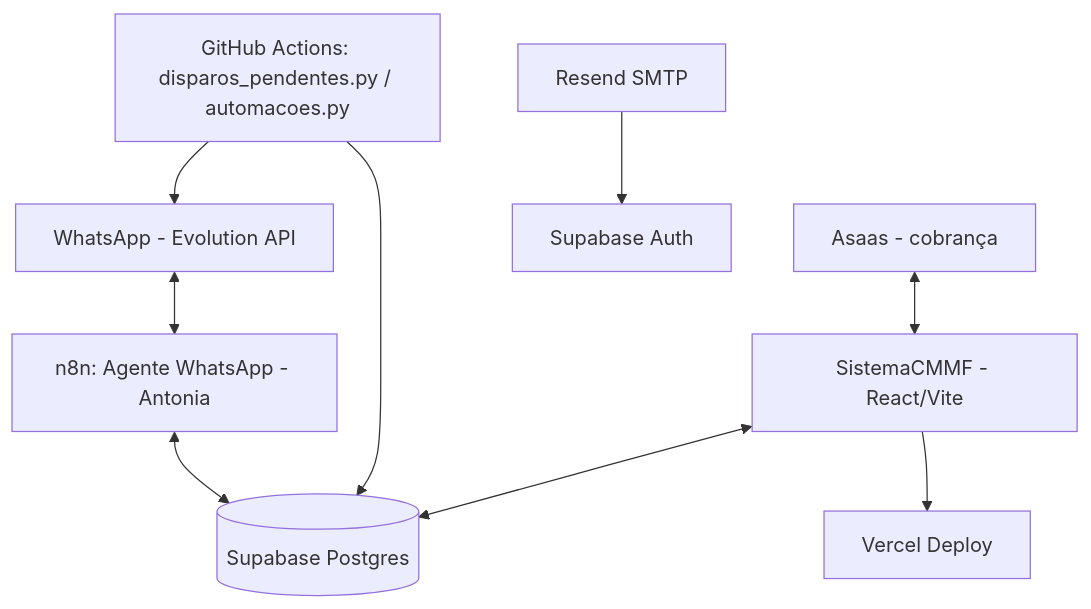
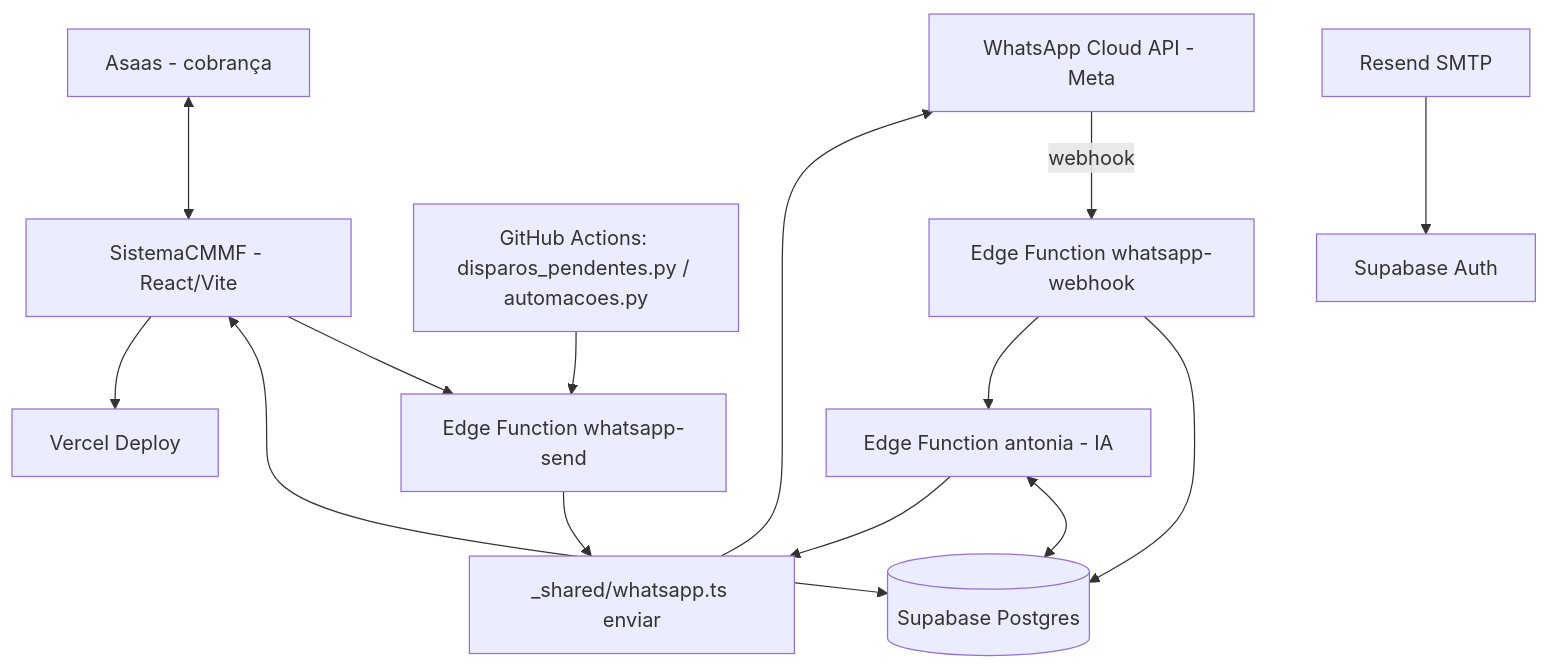
Before and after one commit to Welto12072007/SistemaCMMF: the diagram in docs/ARCHITECTURE.md, drawn with Mermaid. The commit also changed other lines of this file and 1 other file, not shown here.

Commit message:
Docs: arquitetura WhatsApp oficial + IA e checklist da virada

````diff
--- a/docs/ARCHITECTURE.md
+++ b/docs/ARCHITECTURE.md
@@ -5,11 +5,16 @@
 ```mermaid
 graph TD
-    WA[WhatsApp - Evolution API] <--> N8N_ANT[n8n: Agente WhatsApp - Antonia]
-    N8N_ANT <--> DB[(Supabase Postgres)]
-    N8N_DISP[GitHub Actions: disparos_pendentes.py / automacoes.py] --> DB
-    N8N_DISP --> WA
-    CRM[SistemaCMMF - React/Vite] <--> DB
+    META[WhatsApp Cloud API - Meta] -- webhook --> WH[Edge Function whatsapp-webhook]
+    WH --> DB[(Supabase Postgres)]
+    WH --> ANT[Edge Function antonia - IA]
+    ANT <--> DB
+    ANT --> SEND[_shared/whatsapp.ts enviar]
+    GHA[GitHub Actions: disparos_pendentes.py / automacoes.py] --> WS[Edge Function whatsapp-send]
+    CRM[SistemaCMMF - React/Vite] --> WS
+    WS --> SEND
+    SEND --> META
+    CRM <--> DB
     CRM --> Vercel[Vercel Deploy]
     Asaas[Asaas - cobrança] <--> CRM
     Resend[Resend SMTP] --> Auth[Supabase Auth]
 ```
````
